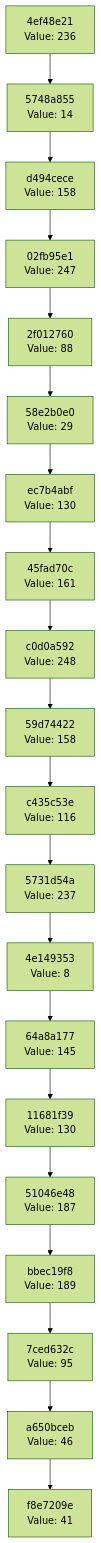
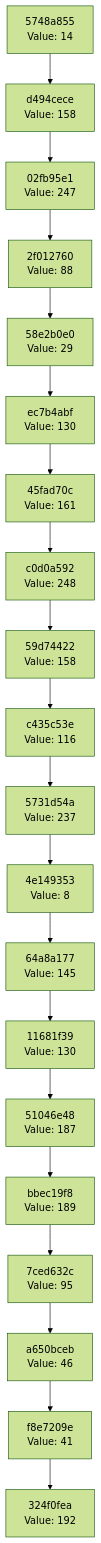
One commit to Abhisheksinha1506/hash-chain-evolver changed the diagram in docs/CHAIN_VISUALIZATION.md. Above: the diagram before and after it, drawn with Mermaid (forest theme). The commit also changed 3 other files, not shown here.

````diff
--- a/docs/CHAIN_VISUALIZATION.md
+++ b/docs/CHAIN_VISUALIZATION.md
@@ -3,42 +3,42 @@
 ```mermaid
 graph TD
-    C0["f8e7209e<br/>Value: 41"]
-    C1["a650bceb<br/>Value: 46"]
+    C0["324f0fea<br/>Value: 192"]
+    C1["f8e7209e<br/>Value: 41"]
     C1 --> C0
-    C2["7ced632c<br/>Value: 95"]
+    C2["a650bceb<br/>Value: 46"]
     C2 --> C1
-    C3["bbec19f8<br/>Value: 189"]
+    C3["7ced632c<br/>Value: 95"]
     C3 --> C2
-    C4["51046e48<br/>Value: 187"]
+    C4["bbec19f8<br/>Value: 189"]
     C4 --> C3
-    C5["11681f39<br/>Value: 130"]
+    C5["51046e48<br/>Value: 187"]
     C5 --> C4
-    C6["64a8a177<br/>Value: 145"]
+    C6["11681f39<br/>Value: 130"]
     C6 --> C5
-    C7["4e149353<br/>Value: 8"]
+    C7["64a8a177<br/>Value: 145"]
     C7 --> C6
-    C8["5731d54a<br/>Value: 237"]
+    C8["4e149353<br/>Value: 8"]
     C8 --> C7
-    C9["c435c53e<br/>Value: 116"]
+    C9["5731d54a<br/>Value: 237"]
     C9 --> C8
-    C10["59d74422<br/>Value: 158"]
+    C10["c435c53e<br/>Value: 116"]
     C10 --> C9
-    C11["c0d0a592<br/>Value: 248"]
+    C11["59d74422<br/>Value: 158"]
     C11 --> C10
-    C12["45fad70c<br/>Value: 161"]
+    C12["c0d0a592<br/>Value: 248"]
     C12 --> C11
-    C13["ec7b4abf<br/>Value: 130"]
+    C13["45fad70c<br/>Value: 161"]
     C13 --> C12
-    C14["58e2b0e0<br/>Value: 29"]
+    C14["ec7b4abf<br/>Value: 130"]
     C14 --> C13
-    C15["2f012760<br/>Value: 88"]
+    C15["58e2b0e0<br/>Value: 29"]
     C15 --> C14
-    C16["02fb95e1<br/>Value: 247"]
+    C16["2f012760<br/>Value: 88"]
     C16 --> C15
-    C17["d494cece<br/>Value: 158"]
+    C17["02fb95e1<br/>Value: 247"]
     C17 --> C16
-    C18["5748a855<br/>Value: 14"]
+    C18["d494cece<br/>Value: 158"]
     C18 --> C17
-    C19["4ef48e21<br/>Value: 236"]
+    C19["5748a855<br/>Value: 14"]
     C19 --> C18
 ```
````
